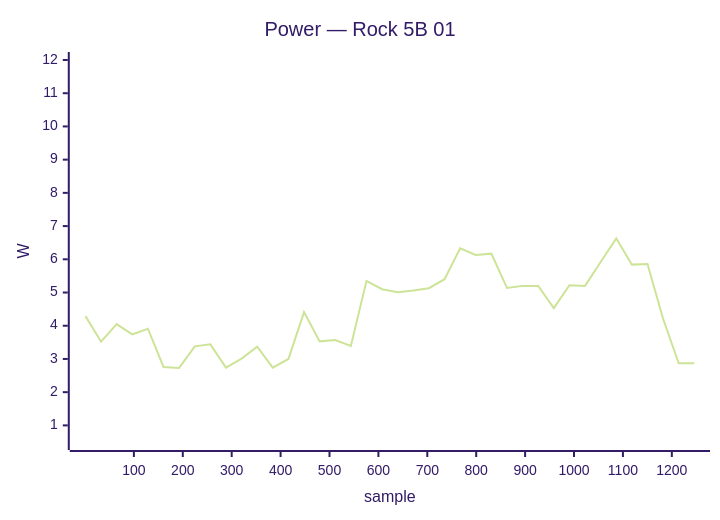
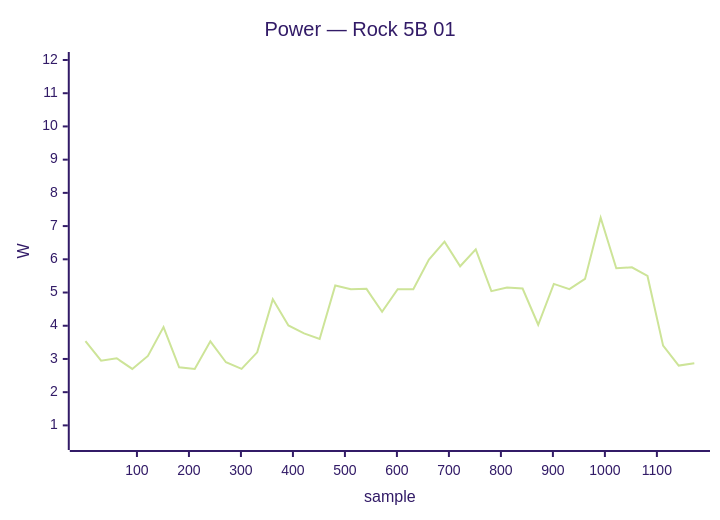
Diagram 31 of 34 in docs/status/board-tests.md (armbian/documentation), drawn with Mermaid (forest theme) before and after one commit. The commit also changed other lines of this file, not shown here.

````diff
--- a/docs/status/board-tests.md
+++ b/docs/status/board-tests.md
@@ -1558,7 +1594,7 @@
 ```mermaid
 xychart-beta
     title "Power — Rock 5B 01"
-    x-axis "sample" 1 --> 1246
+    x-axis "sample" 1 --> 1172
     y-axis "W" 0.5 --> 12.0
-    line [4.29, 3.52, 4.05, 3.74, 3.91, 2.76, 2.73, 3.38, 3.44, 2.74, 3.01, 3.37, 2.74, 3.00, 4.41, 3.53, 3.57, 3.39, 5.35, 5.10, 5.01, 5.06, 5.13, 5.40, 6.33, 6.13, 6.17, 5.14, 5.20, 5.20, 4.53, 5.22, 5.20, 5.92, 6.63, 5.84, 5.86, 4.21, 2.87, 2.87]
+    line [3.54, 2.95, 3.02, 2.70, 3.09, 3.96, 2.75, 2.70, 3.53, 2.90, 2.70, 3.20, 4.80, 4.01, 3.77, 3.60, 5.21, 5.10, 5.11, 4.42, 5.10, 5.10, 5.99, 6.53, 5.79, 6.30, 5.04, 5.15, 5.12, 4.03, 5.26, 5.10, 5.41, 7.25, 5.73, 5.76, 5.50, 3.40, 2.80, 2.87]
 ```
````
